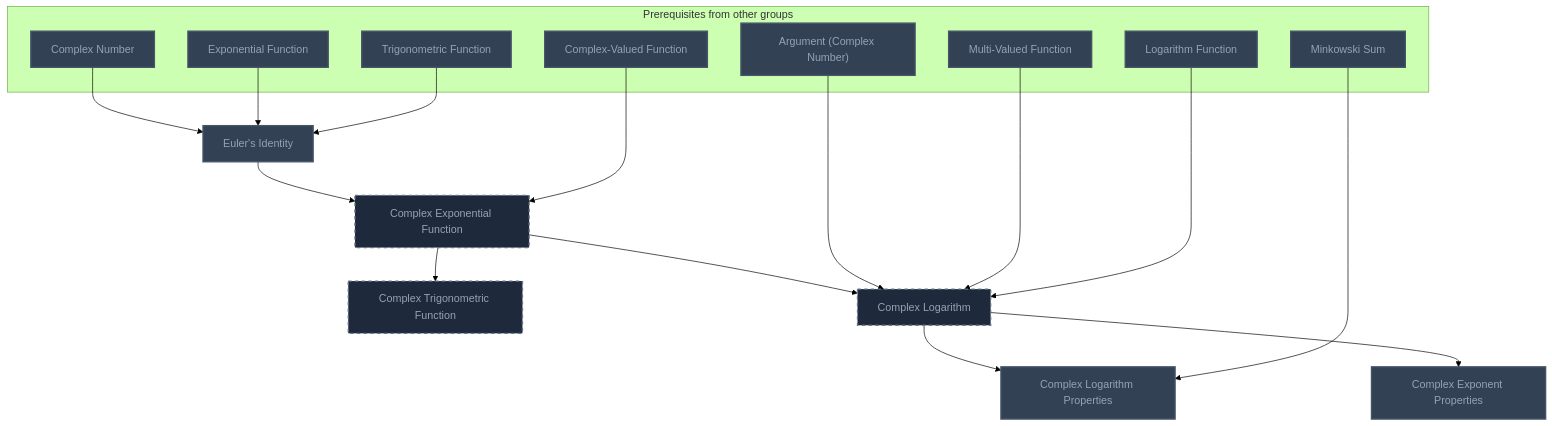
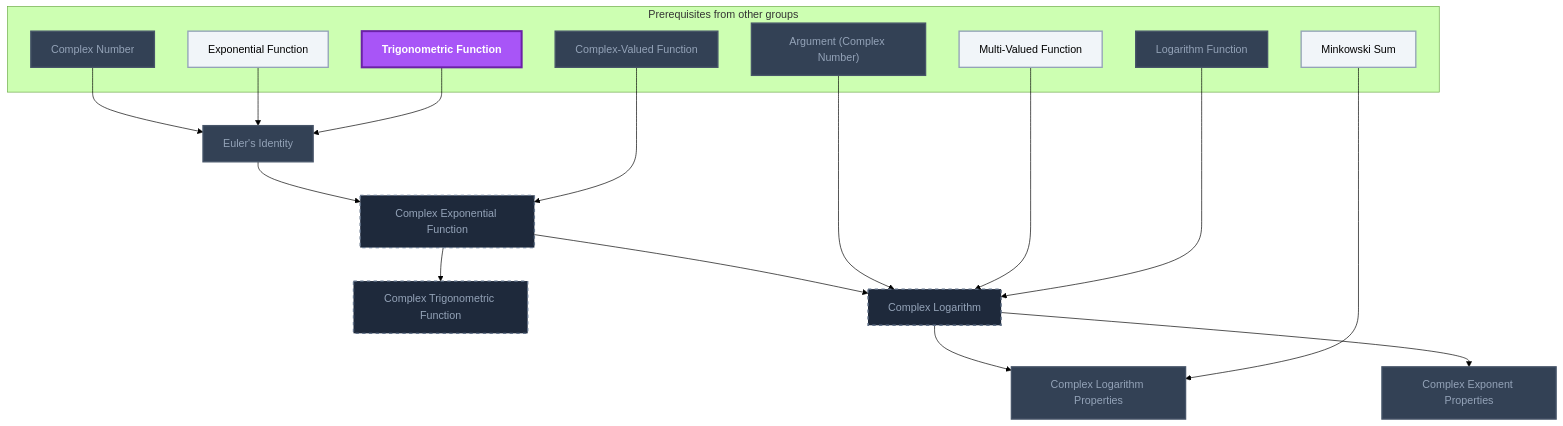
The fourth of 19 diagrams in Gamification/Skill Trees/Complex Analysis.md (MRauf1/My-Notes), drawn with Mermaid (forest theme) before and after one commit. The commit also changed other lines of this file and 156 other files, not shown here.

````diff
--- a/Gamification/Skill Trees/Complex Analysis.md
+++ b/Gamification/Skill Trees/Complex Analysis.md
@@ -136,44 +139,46 @@
 ```mermaid
 flowchart TD
     classDef planned fill:#1E293B,stroke:#64748B,stroke-width:2px,stroke-dasharray:5 5,color:#94A3B8;
     classDef locked fill:#334155,stroke:#475569,stroke-width:2px,color:#94A3B8;
     classDef L0 fill:#F1F5F9,stroke:#94A3B8,stroke-width:2px,color:#000000;
     classDef L1 fill:#22C55E,stroke:#15803D,stroke-width:2px,color:#000000;
     classDef L2 fill:#3B82F6,stroke:#1D4ED8,stroke-width:3px,color:#FFFFFF;
     classDef L3 fill:#A855F7,stroke:#6B21A8,stroke-width:3px,color:#FFFFFF,font-weight:bold;
     classDef L4 fill:#F97316,stroke:#C2410C,stroke-width:4px,color:#000000,font-weight:bold;
     classDef L5 fill:#FFD700,stroke:#FF8C00,stroke-width:5px,color:#000000,font-weight:bold;
     classDef rusty stroke:#8B4513,stroke-width:4px,stroke-dasharray:3 3;
     subgraph sg_prereqs["Prerequisites from other groups"]
         n_complex_number["Complex Number"]
         n_exponential_function["Exponential Function"]
         n_trigonometric_function["Trigonometric Function"]
         n_complex_valued_function["Complex-Valued Function"]
         n_argument_complex_number["Argument (Complex Number)"]
         n_multi_valued_function["Multi-Valued Function"]
         n_logarithm_function["Logarithm Function"]
         n_minkowski_sum["Minkowski Sum"]
     end
     n_euler_s_identity["Euler's Identity"]
     n_complex_exponential_function["Complex Exponential Function"]
     n_complex_trigonometric_function["Complex Trigonometric Function"]
     n_complex_logarithm["Complex Logarithm"]
     n_complex_logarithm_properties["Complex Logarithm Properties"]
     n_complex_exponent_properties["Complex Exponent Properties"]
     n_complex_number --> n_euler_s_identity
     n_exponential_function --> n_euler_s_identity
     n_trigonometric_function --> n_euler_s_identity
     n_euler_s_identity --> n_complex_exponential_function
     n_complex_valued_function --> n_complex_exponential_function
     n_complex_exponential_function --> n_complex_trigonometric_function
     n_complex_exponential_function --> n_complex_logarithm
     n_argument_complex_number --> n_complex_logarithm
     n_multi_valued_function --> n_complex_logarithm
     n_logarithm_function --> n_complex_logarithm
     n_complex_logarithm --> n_complex_logarithm_properties
     n_minkowski_sum --> n_complex_logarithm_properties
     n_complex_logarithm --> n_complex_exponent_properties
     class n_complex_exponential_function,n_complex_trigonometric_function,n_complex_logarithm planned;
-    class n_complex_number,n_exponential_function,n_trigonometric_function,n_complex_valued_function,n_argument_complex_number,n_multi_valued_function,n_logarithm_function,n_minkowski_sum,n_euler_s_identity,n_complex_logarithm_properties,n_complex_exponent_properties locked;
+    class n_complex_number,n_complex_valued_function,n_argument_complex_number,n_logarithm_function,n_euler_s_identity,n_complex_logarithm_properties,n_complex_exponent_properties locked;
+    class n_exponential_function,n_multi_valued_function,n_minkowski_sum L0;
+    class n_trigonometric_function L3;
     class n_complex_number,n_exponential_function,n_trigonometric_function,n_complex_valued_function,n_argument_complex_number,n_multi_valued_function,n_logarithm_function,n_minkowski_sum,n_euler_s_identity,n_complex_logarithm_properties,n_complex_exponent_properties internal-link;
 ```
````
